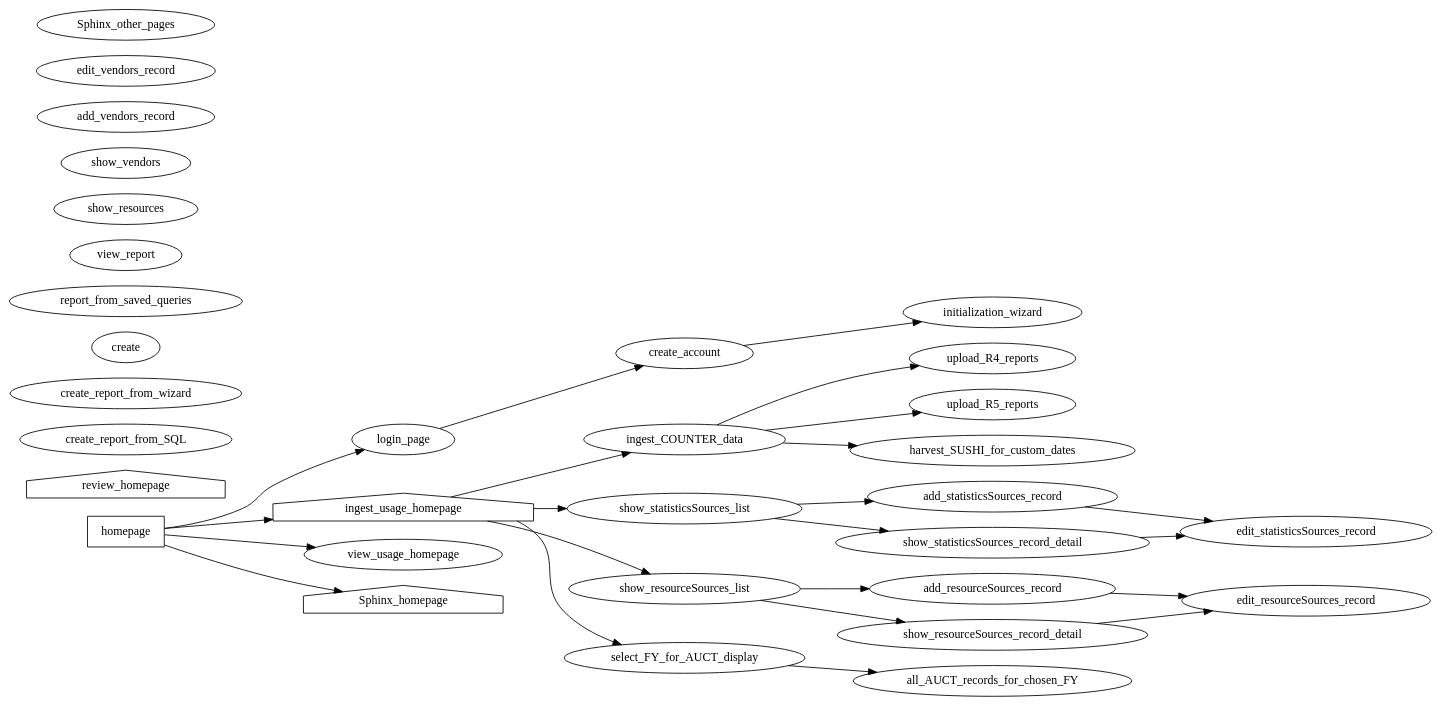
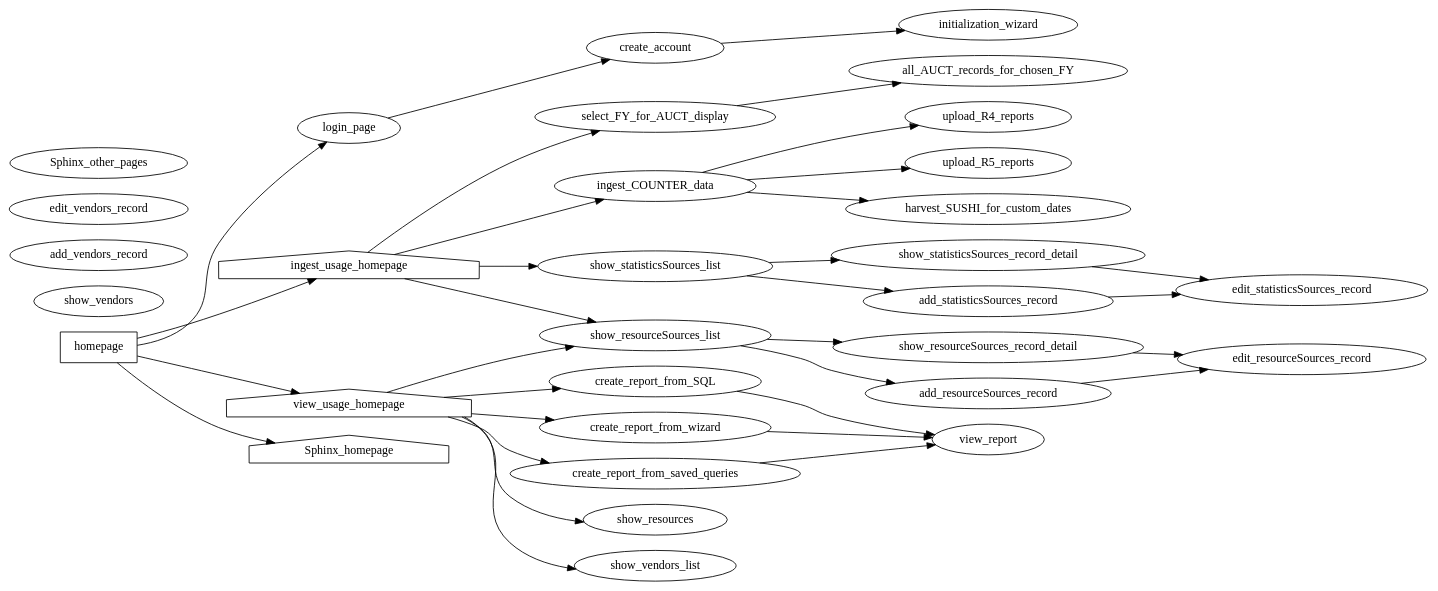
One commit to ereiskind/nolcat changed the diagram in docs/source/sitemap.dot. Above: the diagram before and after it, drawn with Graphviz.

Commit message:
Start updating view blueprint

```diff
--- a/docs/source/sitemap.dot
+++ b/docs/source/sitemap.dot
@@ -1,108 +1,108 @@
 digraph nolcat_sitemap {
     /* *** NoLCAT SITEMAP *** */
     rankdir=LR
 
 
     /* *** Main NoLCAT Folder *** */
     homepage [shape="box"]
         homepage -> login_page
         homepage -> ingest_usage_homepage
         homepage -> view_usage_homepage
         homepage -> Sphinx_homepage
     login_page
         login_page -> create_account
     create_account
         create_account -> initialization_wizard // Page in `ingest` section; linkage because program will request data for database initialization upon creation of first account
     // And any other pages needed for authentication
 
 
     /* *** `ingest` Blueprint *** */
     ingest_usage_homepage [shape="house"]
         ingest_usage_homepage -> ingest_COUNTER_data
         ingest_usage_homepage -> show_statisticsSources_list
         ingest_usage_homepage -> show_resourceSources_list
         ingest_usage_homepage -> select_FY_for_AUCT_display
     
     // Pages for ingesting COUNTER data
     ingest_COUNTER_data
         ingest_COUNTER_data -> upload_R4_reports
         ingest_COUNTER_data -> upload_R5_reports
         ingest_COUNTER_data -> harvest_SUSHI_for_custom_dates
     upload_R4_reports
     upload_R5_reports
     harvest_SUSHI_for_custom_dates
     initialization_wizard
 
     // Pages for viewing status of usage collection for a given FY
     select_FY_for_AUCT_display
         select_FY_for_AUCT_display -> all_AUCT_records_for_chosen_FY
     all_AUCT_records_for_chosen_FY
 
 
     /* *** `view` Blueprint *** */
-    //
+    view_usage_homepage [shape="house"]
+        view_usage_homepage -> create_report_from_SQL
+        view_usage_homepage -> create_report_from_wizard
+        view_usage_homepage -> create_report_from_saved_queries
+        view_usage_homepage -> show_resourceSources_list
+        view_usage_homepage -> show_resources
+        view_usage_homepage -> show_vendors_list
+    
+    // Pages for Querying and Displaying Usage Data
+    create_report_from_SQL // Runs a custom SQL statement against the database
+        create_report_from_SQL -> view_report
+    create_report_from_wizard // GUI options are used to write SQL behind the scenes
+        create_report_from_wizard -> view_report
+    create_report_from_saved_queries // SQL statements that are either complete or only ask for one input for commonly asked questions
+        create_report_from_saved_queries -> view_report
+    view_report
 
 
     /* *** View Records from a Relation *** */
     // Not sure if this should go in `ingest`, `view`, or a new `records` blueprint
     show_statisticsSources_list
         show_statisticsSources_list -> add_statisticsSources_record
         show_statisticsSources_list -> show_statisticsSources_record_detail
     add_statisticsSources_record
         add_statisticsSources_record -> edit_statisticsSources_record // To provide info for the new record
     show_statisticsSources_record_detail
         show_statisticsSources_record_detail -> edit_statisticsSources_record
     edit_statisticsSources_record // Includes adding or editing notes
 
     show_resourceSources_list
         show_resourceSources_list -> add_resourceSources_record
         show_resourceSources_list -> show_resourceSources_record_detail
     add_resourceSources_record
         add_resourceSources_record -> edit_resourceSources_record // To provide info for the new record
     show_resourceSources_record_detail
         show_resourceSources_record_detail -> edit_resourceSources_record
     edit_resourceSources_record // Includes adding or editing notes
 
 
     
     /* *** Reviewing Usage Statistics *** */
     // Pages for reviewing usage data
-    review_homepage [shape="house"]
-        //review_homepage -> create_report_from_SQL
-        //review_homepage -> create_report_from_wizard
-        //review_homepage -> create report_from_saved_queries
-        //review_homepage -> show_resourceSources /* DUPLICATED BOX */
-        //review_homepage -> show_resources
-        //review_homepage -> show_vendors
     
-    create_report_from_SQL // Runs a custom SQL statement against the database
-    create_report_from_wizard // GUI options are used to write SQL behind the scenes
-    create report_from_saved_queries // SQL statements that are either complete or only ask for one input for commonly asked questions
-
-        //create_report_from_SQL -> view_report
-        //create_report_from_wizard -> view_report
-        //create_report_from_saved_queries -> view_report
-    view_report
 
     show_resources // Meaning the items in the resources table
     
         //show_resourceSources -> add_resourceSources_record
     add_resourceSources_record
         //show_resourceSources_record_detail -> edit_resourceSources_record
     edit_resourceSources_record // Includes adding or editing notes
     /* A way to handle adding `statisticsSources` to these `resourcesSources` must be developed */
 
     show_vendors
         //show_vendors -> add_vendors_record
     add_vendors_record
         //show_vendors_record_detail -> edit_vendors_record
     edit_vendors_record // Includes adding or editing notes
 
 
     /* *** Program Documentation *** */
     // The Sphinx documentation for the web app
     Sphinx_homepage [shape="house"]
         //Sphinx_homepage -> Sphinx_other_pages
 
     Sphinx_other_pages // Use Sphinx itself for site organization
 }
```
